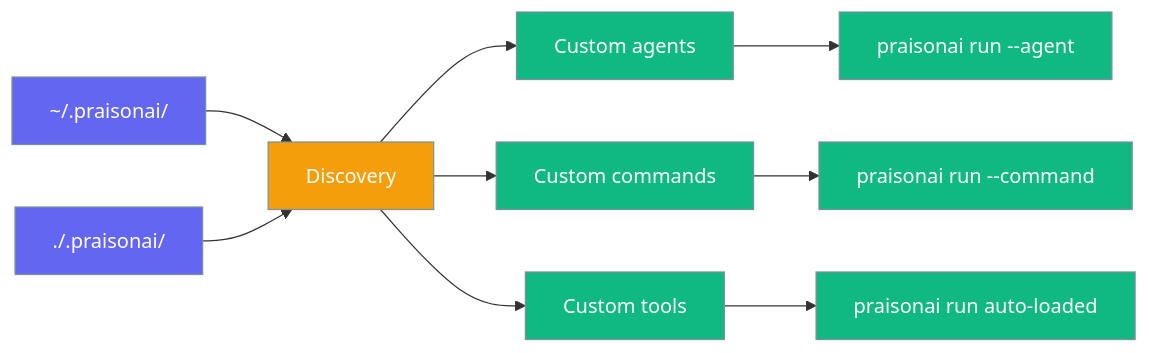
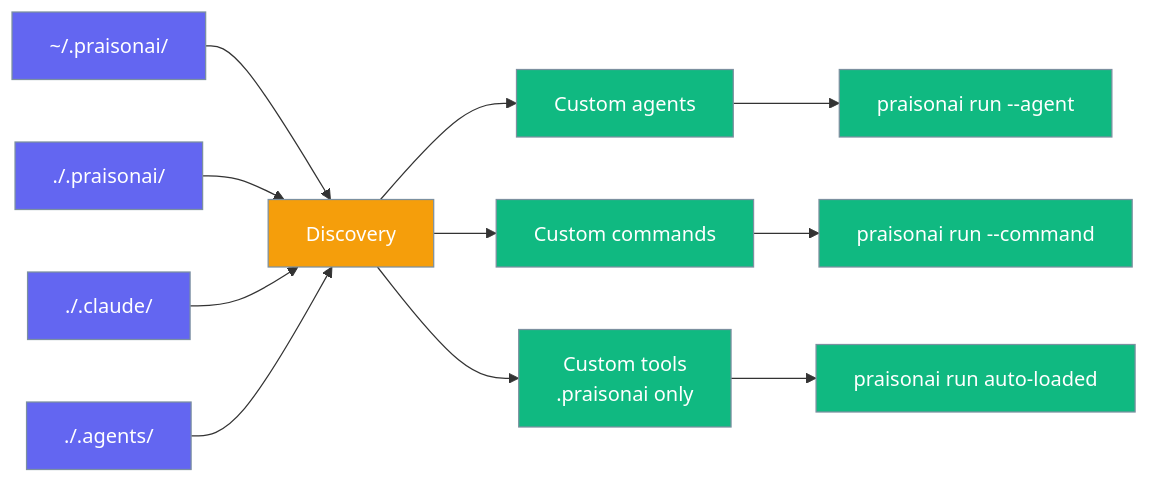
One commit to MervinPraison/PraisonAIDocs changed the first of 6 diagrams in docs/features/custom-agents-commands.mdx. Above: the diagram before and after it, drawn with Mermaid. The commit also changed other lines of this file and 4 other files, not shown here.

First line of the commit message:
docs: discover named agents & commands from .claude/ and .agents/ (fixes #3024)

````diff
--- a/docs/features/custom-agents-commands.mdx
+++ b/docs/features/custom-agents-commands.mdx
@@ -21,20 +21,22 @@
 ```mermaid
 graph LR
     U[~/.praisonai/] --> D[Discovery]
-    P[./.praisonai/] --> D
+    P1[./.praisonai/] --> D
+    P2[./.claude/] --> D
+    P3[./.agents/] --> D
     D --> A[Custom agents]
     D --> C[Custom commands]
-    D --> T[Custom tools]
+    D --> T[Custom tools<br/>.praisonai only]
     A --> R[praisonai run --agent]
     C --> RC[praisonai run --command]
     T --> RT[praisonai run auto-loaded]
 
     classDef dir fill:#6366F1,stroke:#7C90A0,color:#fff
     classDef discover fill:#F59E0B,stroke:#7C90A0,color:#fff
     classDef run fill:#10B981,stroke:#7C90A0,color:#fff
 
-    class U,P dir
+    class U,P1,P2,P3 dir
     class D discover
     class A,C,T,R,RC,RT run
 
 ```
````
